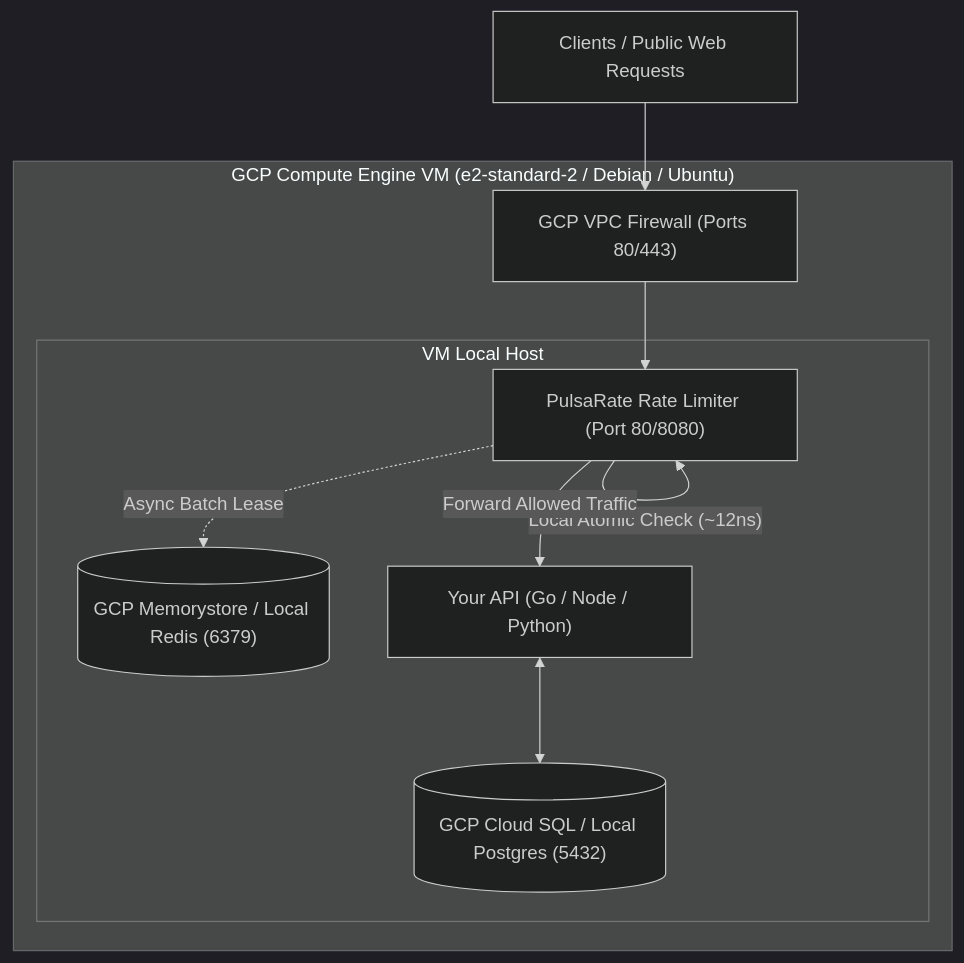
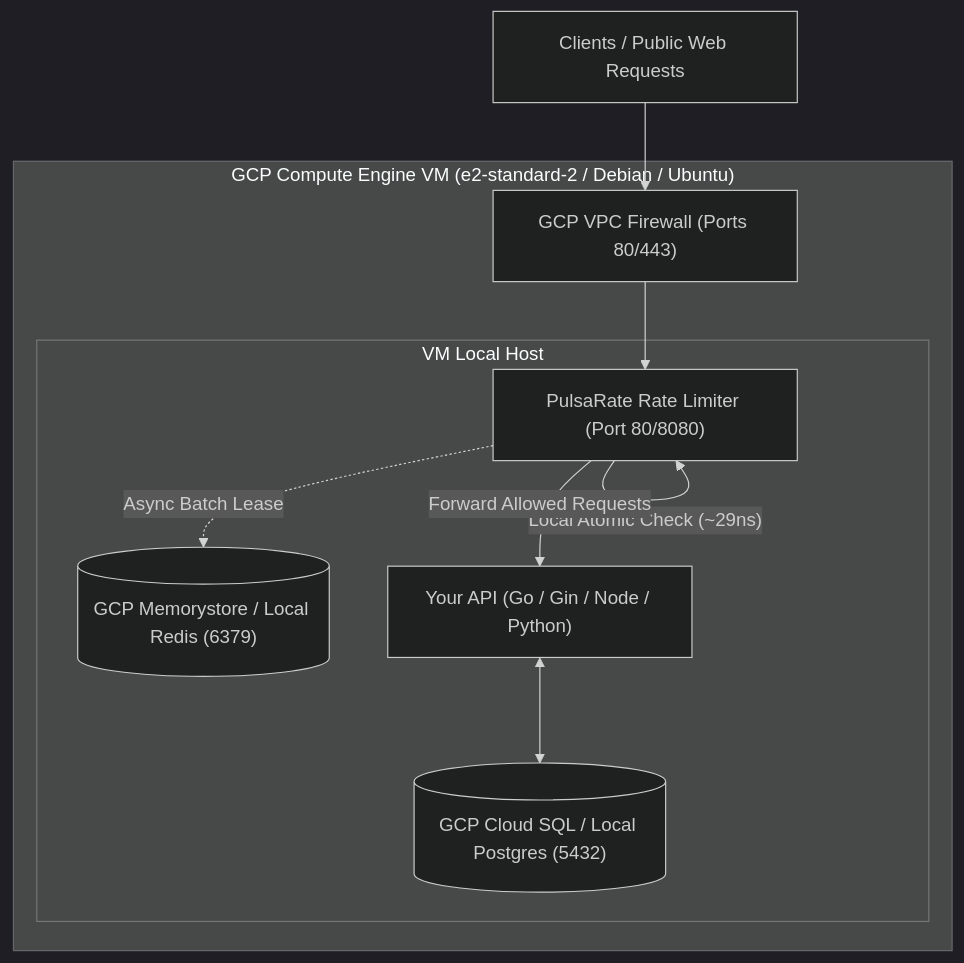
Before and after one commit to OscarEdem/PulsaRate-Go: the second of 2 diagrams in DEPLOYMENT_GUIDE.md, drawn with Mermaid (dark theme). The commit also changed other lines of this file and 1 other file, not shown here.

Commit message:
docs: update README, DEPLOYMENT_GUIDE, and package layout for Gin middleware

````diff
--- a/DEPLOYMENT_GUIDE.md
+++ b/DEPLOYMENT_GUIDE.md
@@ -95,15 +98,15 @@
 ```mermaid
 flowchart TD
     Client["Clients / Public Web Requests"] --> Firewall["GCP VPC Firewall (Ports 80/443)"]
     
     subgraph GCE["GCP Compute Engine VM (e2-standard-2 / Debian / Ubuntu)"]
         Firewall --> PulsaRate["PulsaRate Rate Limiter (Port 80/8080)"]
         
         subgraph LocalHost["VM Local Host"]
-            PulsaRate -- "Local Atomic Check (~12ns)" --> PulsaRate
+            PulsaRate -- "Local Atomic Check (~29ns)" --> PulsaRate
             PulsaRate -. "Async Batch Lease" .-> Memorystore[("GCP Memorystore / Local Redis (6379)")]
-            PulsaRate -- "Forward Allowed Traffic" --> API["Your API (Go / Node / Python)"]
+            PulsaRate -- "Forward Allowed Requests" --> API["Your API (Go / Gin / Node / Python)"]
             API <--> CloudSQL[("GCP Cloud SQL / Local Postgres (5432)")]
         end
     end
 ```
````
